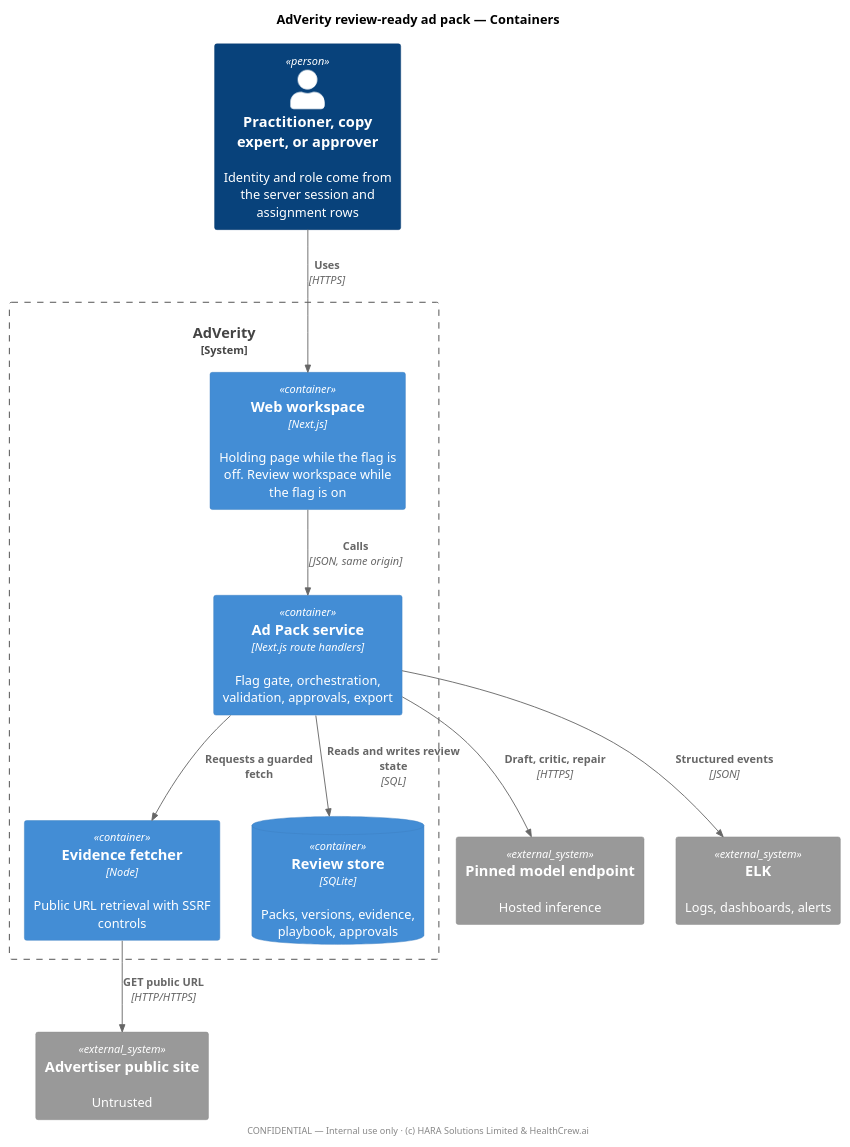
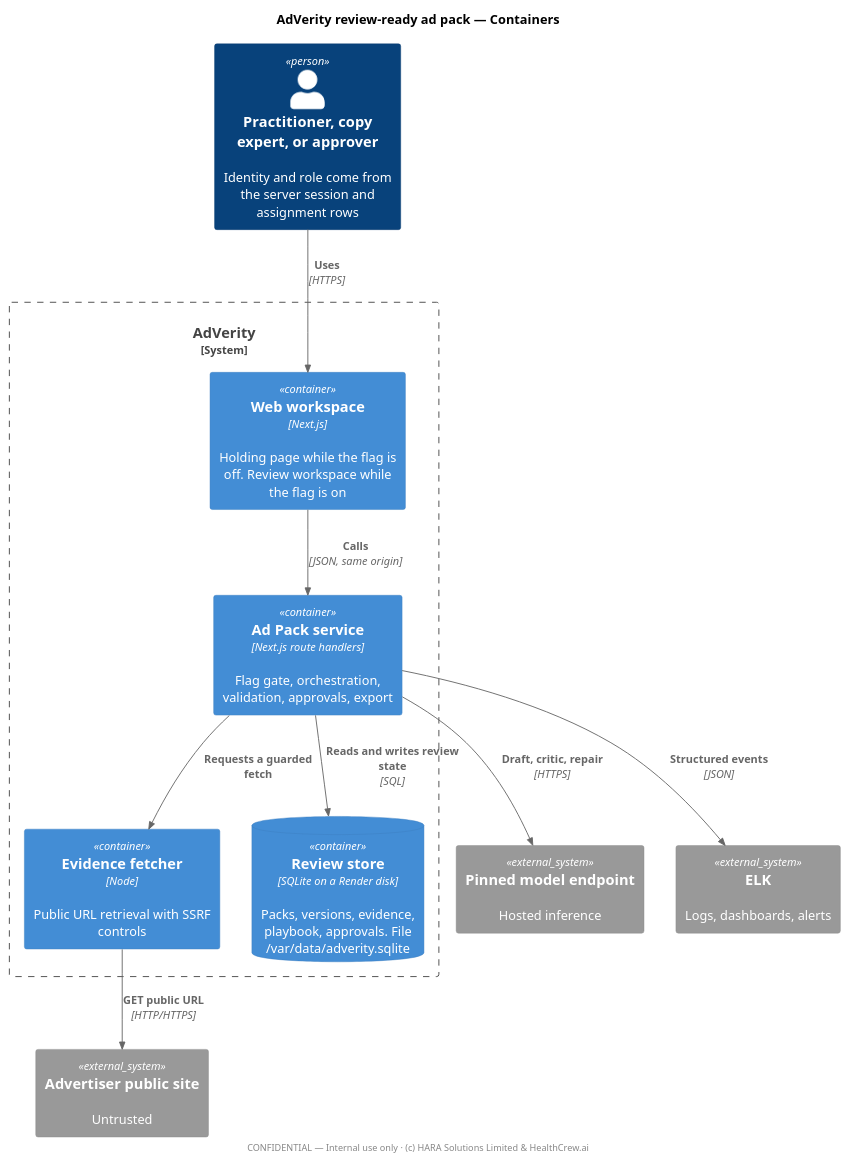
One commit to ralapaty/adverity changed the diagram in docs/features/review-ready-ad-pack/c4-container.puml. Above: the diagram before and after it, drawn with PlantUML. The commit also changed 30 other files, not shown here.

Commit message:
Host the review pack on Render and keep export closed until the Search or Performance Max handoff matches the approved version.

```diff
--- a/docs/features/review-ready-ad-pack/c4-container.puml
+++ b/docs/features/review-ready-ad-pack/c4-container.puml
@@ -1,27 +1,27 @@
 @startuml c4-container
 !include https://raw.githubusercontent.com/plantuml-stdlib/C4-PlantUML/master/C4_Container.puml
 title AdVerity review-ready ad pack — Containers
 
 Person(user, "Practitioner, copy expert, or approver", "Identity and role come from the server session and assignment rows")
 
 System_Boundary(adverity, "AdVerity") {
   Container(web, "Web workspace", "Next.js", "Holding page while the flag is off. Review workspace while the flag is on")
   Container(api, "Ad Pack service", "Next.js route handlers", "Flag gate, orchestration, validation, approvals, export")
   Container(fetch, "Evidence fetcher", "Node", "Public URL retrieval with SSRF controls")
-  ContainerDb(db, "Review store", "SQLite", "Packs, versions, evidence, playbook, approvals")
+  ContainerDb(db, "Review store", "SQLite on a Render disk", "Packs, versions, evidence, playbook, approvals. File /var/data/adverity.sqlite")
 }
 
 System_Ext(site, "Advertiser public site", "Untrusted")
 System_Ext(model, "Pinned model endpoint", "Hosted inference")
 System_Ext(elk, "ELK", "Logs, dashboards, alerts")
 
 Rel(user, web, "Uses", "HTTPS")
 Rel(web, api, "Calls", "JSON, same origin")
 Rel(api, fetch, "Requests a guarded fetch")
 Rel(fetch, site, "GET public URL", "HTTP/HTTPS")
 Rel(api, model, "Draft, critic, repair", "HTTPS")
 Rel(api, db, "Reads and writes review state", "SQL")
 Rel(api, elk, "Structured events", "JSON")
 
 footer CONFIDENTIAL — Internal use only · (c) HARA Solutions Limited & HealthCrew.ai
 @enduml
```
